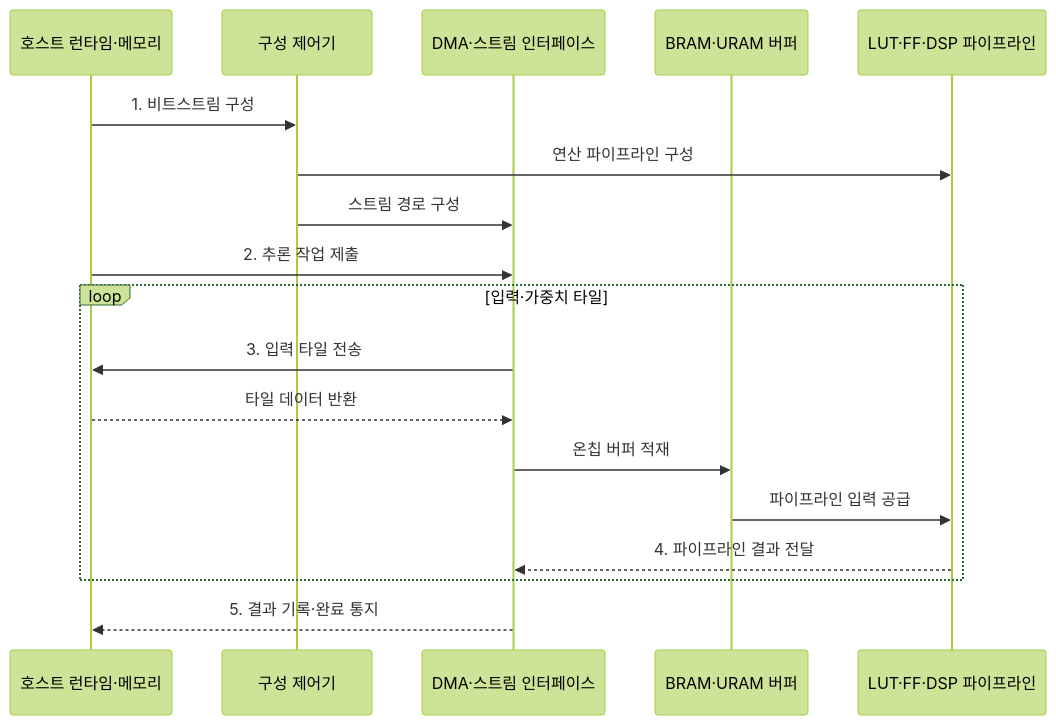
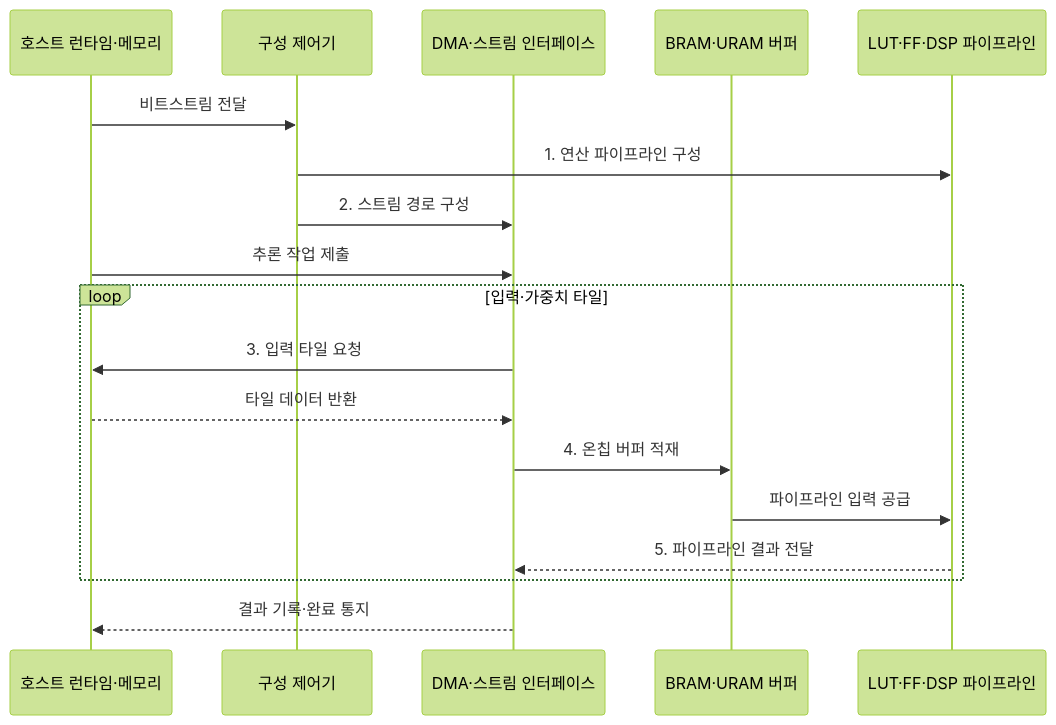
The second of 2 diagrams in src/content/docs/notes/02-hardware/039_fpga_ai_acceleration.md (agnusdei1207/knowledge-base), drawn with Mermaid (forest theme) before and after one commit. The commit also changed other lines of this file and 20 other files, not shown here.

````diff
--- a/src/content/docs/notes/02-hardware/039_fpga_ai_acceleration.md
+++ b/src/content/docs/notes/02-hardware/039_fpga_ai_acceleration.md
@@ -95,21 +96,21 @@
 ```mermaid
 sequenceDiagram
     participant H as 호스트 런타임·메모리
     participant C as 구성 제어기
     participant D as DMA·스트림 인터페이스
     participant B as BRAM·URAM 버퍼
     participant P as LUT·FF·DSP 파이프라인
 
-    H->>C: 1. 비트스트림 구성
-    C->>P: 연산 파이프라인 구성
-    C->>D: 스트림 경로 구성
-    H->>D: 2. 추론 작업 제출
+    H->>C: 비트스트림 전달
+    C->>P: 1. 연산 파이프라인 구성
+    C->>D: 2. 스트림 경로 구성
+    H->>D: 추론 작업 제출
     loop 입력·가중치 타일
-        D->>H: 3. 입력 타일 전송
+        D->>H: 3. 입력 타일 요청
         H-->>D: 타일 데이터 반환
-        D->>B: 온칩 버퍼 적재
+        D->>B: 4. 온칩 버퍼 적재
         B->>P: 파이프라인 입력 공급
-        P-->>D: 4. 파이프라인 결과 전달
+        P-->>D: 5. 파이프라인 결과 전달
     end
-    D-->>H: 5. 결과 기록·완료 통지
+    D-->>H: 결과 기록·완료 통지
 ```
````
